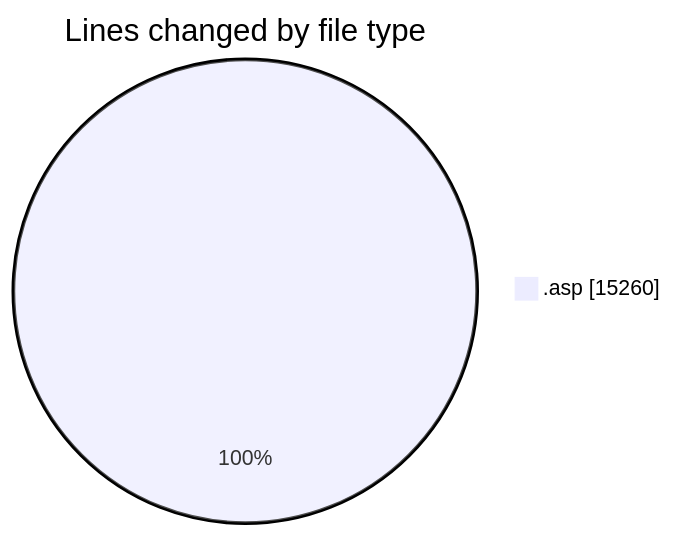
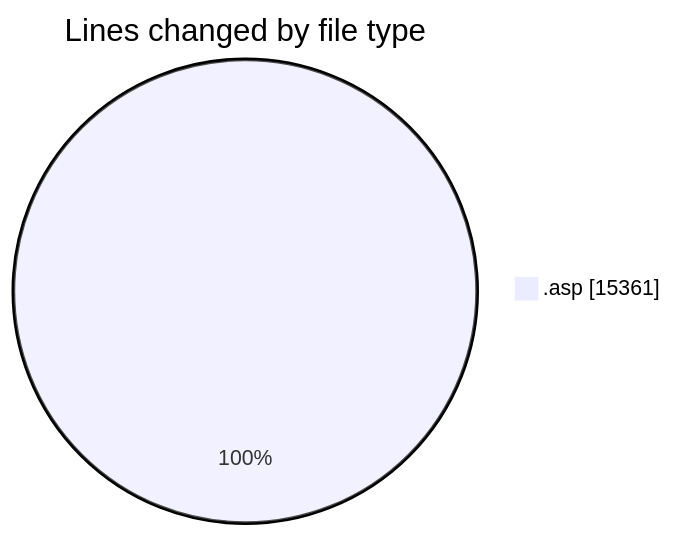
The first of 2 diagrams in 2025-11-14/cdp_aleoudev_fr__workspace_/README.md (julien-gomy/code-tracking), drawn with Mermaid before and after one commit. The commit also changed other lines of this file and 1 other file, not shown here.

````diff
--- a/2025-11-14/cdp_aleoudev_fr__workspace_/README.md
+++ b/2025-11-14/cdp_aleoudev_fr__workspace_/README.md
@@ -27,5 +28,5 @@
 ```mermaid
 pie showData
 title Lines changed by file type
-".asp" : 15260
+".asp" : 15361
 ```
````
